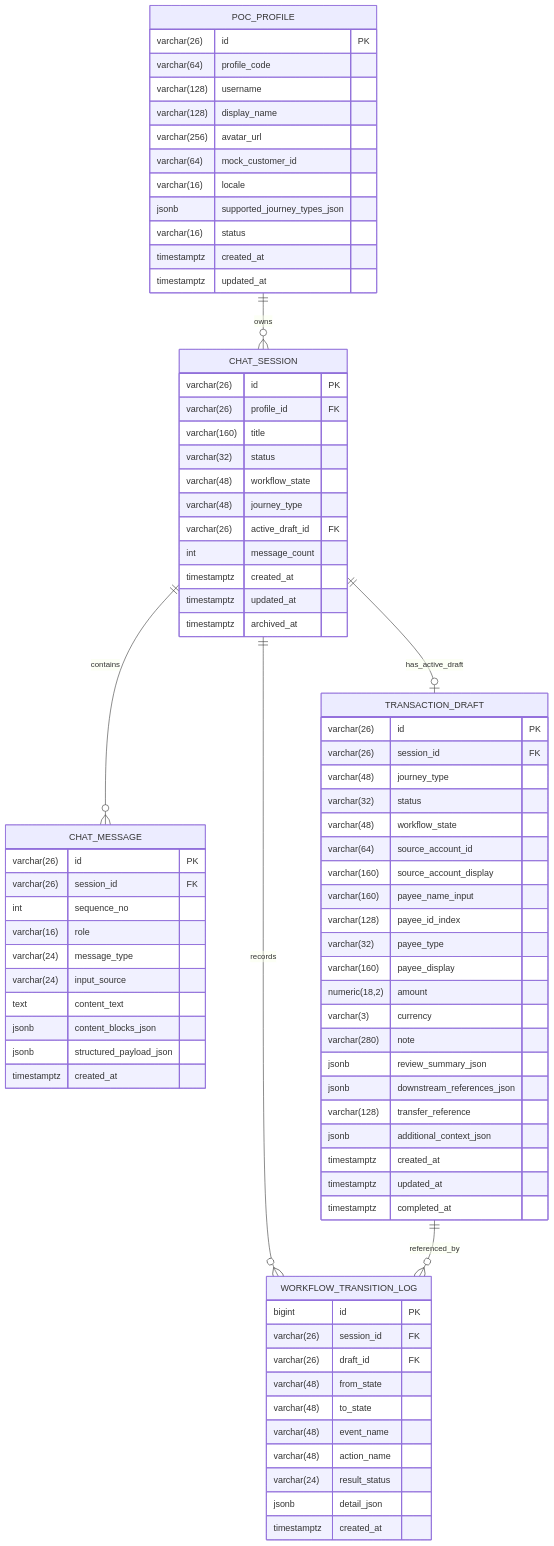
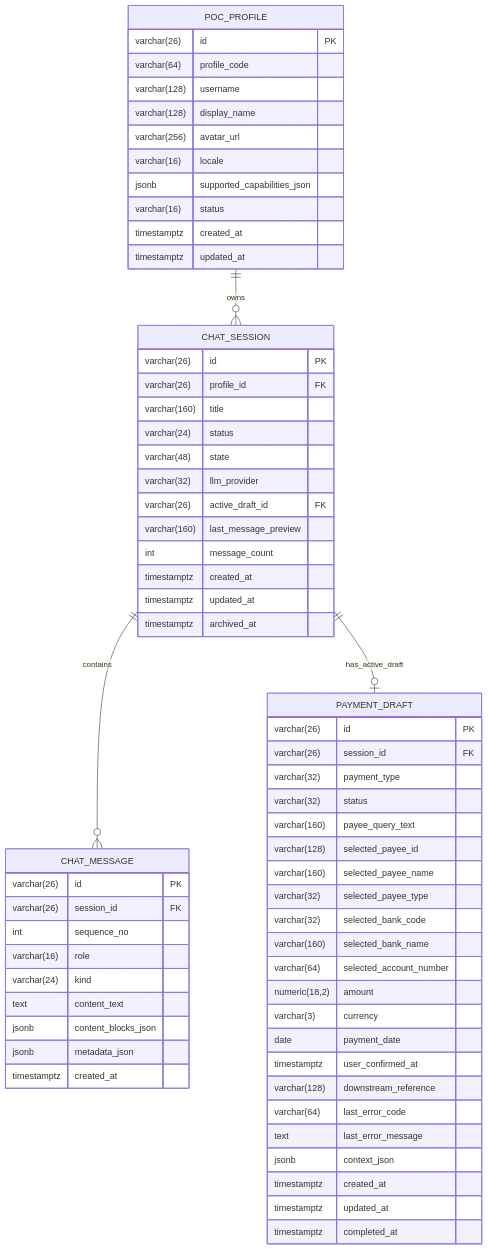
Before and after one commit to VictorZhong/chat2pay: the diagram in docs/03-db_design.md, drawn with Mermaid. The commit also changed other lines of this file and 10 other files, not shown here.

````diff
--- a/docs/03-db_design.md
+++ b/docs/03-db_design.md
@@ -28,9 +42,7 @@
 erDiagram
     POC_PROFILE ||--o{ CHAT_SESSION : owns
     CHAT_SESSION ||--o{ CHAT_MESSAGE : contains
-    CHAT_SESSION ||--o| TRANSACTION_DRAFT : has_active_draft
-    CHAT_SESSION ||--o{ WORKFLOW_TRANSITION_LOG : records
-    TRANSACTION_DRAFT ||--o{ WORKFLOW_TRANSITION_LOG : referenced_by
+    CHAT_SESSION ||--o| PAYMENT_DRAFT : has_active_draft
 
     POC_PROFILE {
         varchar(26) id PK
@@ -38,9 +50,8 @@
         varchar(128) username
         varchar(128) display_name
         varchar(256) avatar_url
-        varchar(64) mock_customer_id
         varchar(16) locale
-        jsonb supported_journey_types_json
+        jsonb supported_capabilities_json
         varchar(16) status
         timestamptz created_at
         timestamptz updated_at
@@ -50,10 +61,11 @@
         varchar(26) id PK
         varchar(26) profile_id FK
         varchar(160) title
-        varchar(32) status
-        varchar(48) workflow_state
-        varchar(48) journey_type
+        varchar(24) status
+        varchar(48) state
+        varchar(32) llm_provider
         varchar(26) active_draft_id FK
+        varchar(160) last_message_preview
         int message_count
         timestamptz created_at
         timestamptz updated_at
@@ -65,48 +77,35 @@
         varchar(26) session_id FK
         int sequence_no
         varchar(16) role
-        varchar(24) message_type
-        varchar(24) input_source
+        varchar(24) kind
         text content_text
         jsonb content_blocks_json
-        jsonb structured_payload_json
+        jsonb metadata_json
         timestamptz created_at
     }
 
-    TRANSACTION_DRAFT {
+    PAYMENT_DRAFT {
         varchar(26) id PK
         varchar(26) session_id FK
-        varchar(48) journey_type
+        varchar(32) payment_type
         varchar(32) status
-        varchar(48) workflow_state
-        varchar(64) source_account_id
-        varchar(160) source_account_display
-        varchar(160) payee_name_input
-        varchar(128) payee_id_index
-        varchar(32) payee_type
-        varchar(160) payee_display
+        varchar(160) payee_query_text
+        varchar(128) selected_payee_id
+        varchar(160) selected_payee_name
+        varchar(32) selected_payee_type
+        varchar(32) selected_bank_code
+        varchar(160) selected_bank_name
+        varchar(64) selected_account_number
         numeric(18,2) amount
         varchar(3) currency
-        varchar(280) note
-        jsonb review_summary_json
-        jsonb downstream_references_json
-        varchar(128) transfer_reference
-        jsonb additional_context_json
+        date payment_date
+        timestamptz user_confirmed_at
+        varchar(128) downstream_reference
+        varchar(64) last_error_code
+        text last_error_message
+        jsonb context_json
         timestamptz created_at
         timestamptz updated_at
         timestamptz completed_at
     }
-
-    WORKFLOW_TRANSITION_LOG {
-        bigint id PK
-        varchar(26) session_id FK
-        varchar(26) draft_id FK
-        varchar(48) from_state
-        varchar(48) to_state
-        varchar(48) event_name
-        varchar(48) action_name
-        varchar(24) result_status
-        jsonb detail_json
-        timestamptz created_at
-    }
 ```
````
